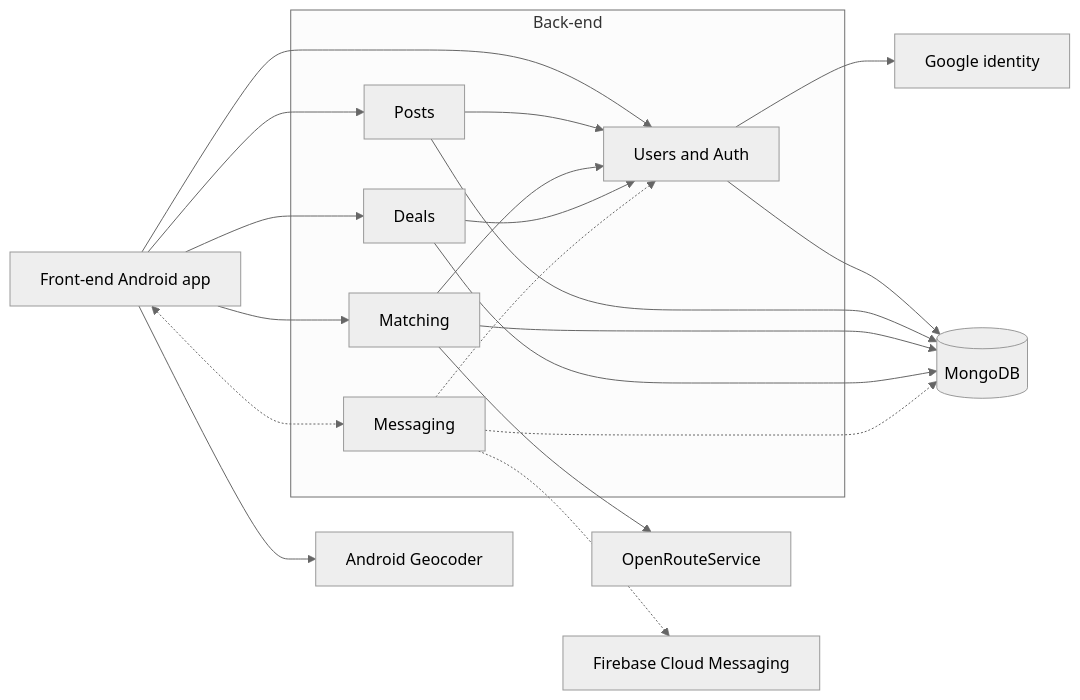
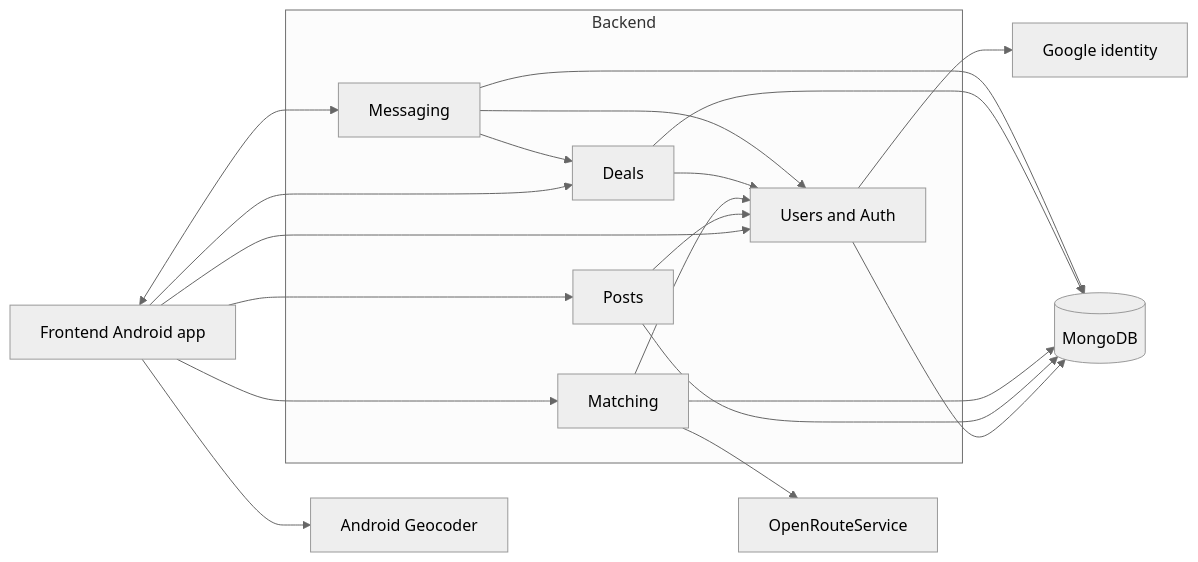
One commit to m1lun/m1skeletonProject changed the first of 6 diagrams in documentation/Requirements_and_Design.md. Above: the diagram before and after it, drawn with Mermaid (neutral theme). The commit also changed other lines of this file and 3 other files, not shown here.

````diff
--- a/documentation/Requirements_and_Design.md
+++ b/documentation/Requirements_and_Design.md
@@ -416,35 +437,34 @@
 ```mermaid
 flowchart LR
-    FE[Front-end Android app]
-    subgraph BE["Back-end"]
+    FE[Frontend Android app]
+    subgraph BE["Backend"]
         UA[Users and Auth]
         P[Posts]
         M[Matching]
         MS[Messaging]
         D[Deals]
     end
     DB[(MongoDB)]
     G[Google identity]
     GEO[Android Geocoder]
     ORS[OpenRouteService]
-    FCM[Firebase Cloud Messaging]
 
     FE --> UA
     FE --> P
     FE --> M
     FE --> GEO
     FE --> D
-    FE <-.-> MS
+    FE <--> MS
     UA --> G
     UA --> DB
     P --> UA
     P --> DB
     M --> UA
     M --> DB
     D --> UA
     D --> DB
     M --> ORS
-    MS -.-> UA
-    MS -.-> DB
-    MS -.-> FCM
+    MS --> UA
+    MS --> DB
+    MS --> D
 ```
````
